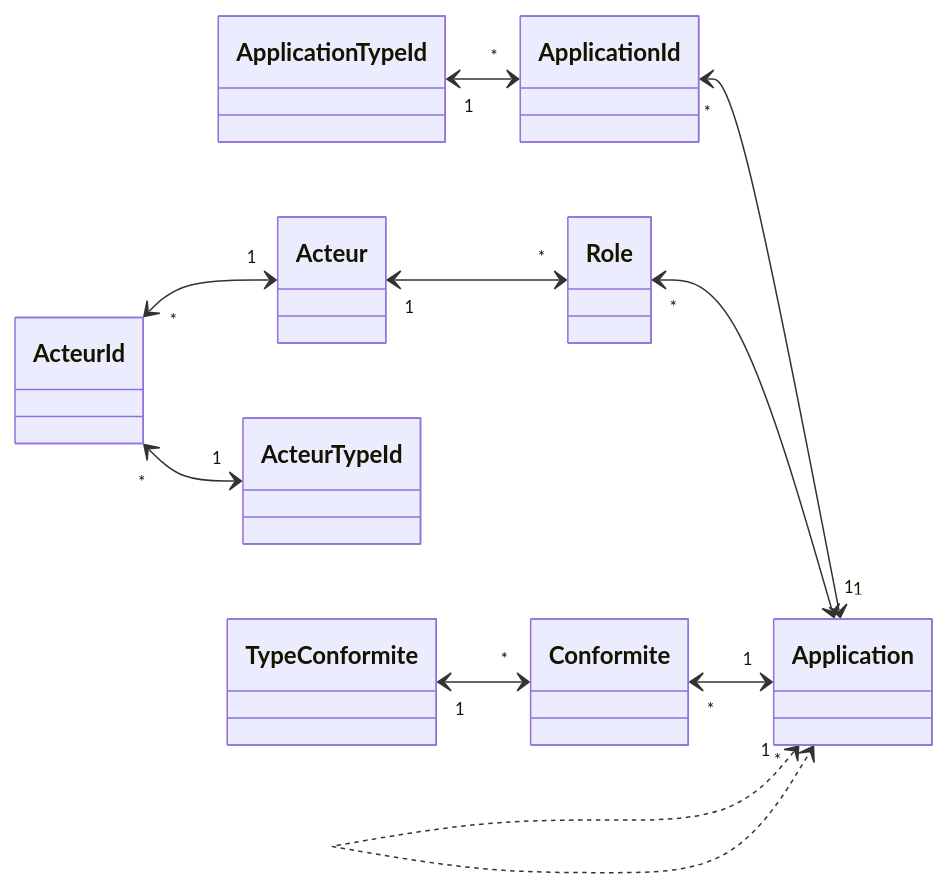
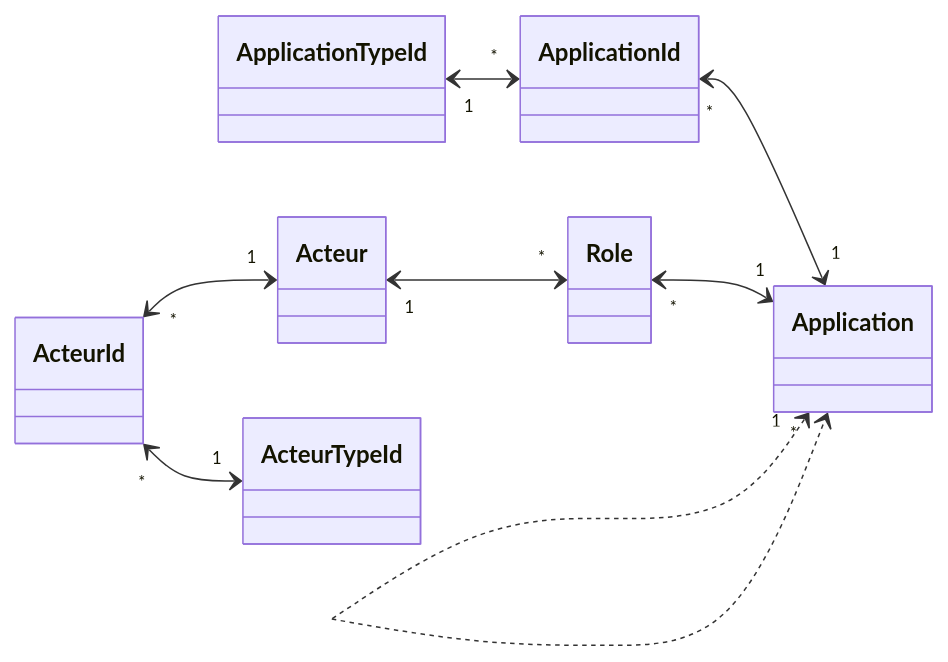
One commit to dnum-mi/referentiel-applications-specs changed the first of 5 diagrams in docs/Application.md. Above: the diagram before and after it, drawn with Mermaid. The commit also changed other lines of this file, not shown here.

````diff
--- a/docs/Application.md
+++ b/docs/Application.md
@@ -23,33 +22,27 @@
 ```mermaid
 classDiagram
 direction RL
 
 class Application {
 	}
 class ApplicationId {
 	}
 class ApplicationTypeId {
 	}
 class Role {
 	}
 class Acteur {
 	}
 class ActeurId {
 	}
 class ActeurTypeId {
 	}
-class Conformite {
-	}
-class TypeConformite {
-	}
 
 Application "1" <--> "*" Role
 Application "1" <..> "*" Application
 Application "1" <--> "*" ApplicationId
 ApplicationId "*" <--> "1" ApplicationTypeId
 Role "*" <--> "1" Acteur
 Acteur "1" <--> "*" ActeurId
 ActeurTypeId "1" <--> "*" ActeurId
-Application "1" <--> "*" Conformite
-Conformite "*" <--> "1" TypeConformite
 ```
````
